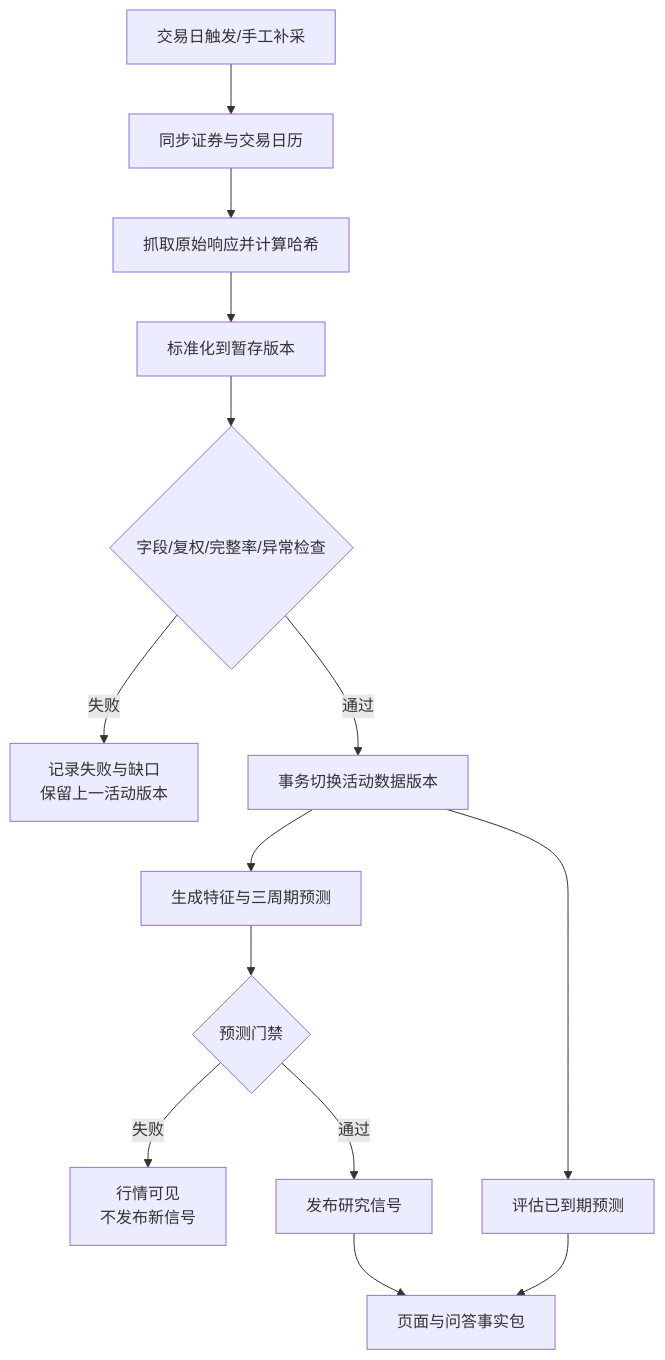
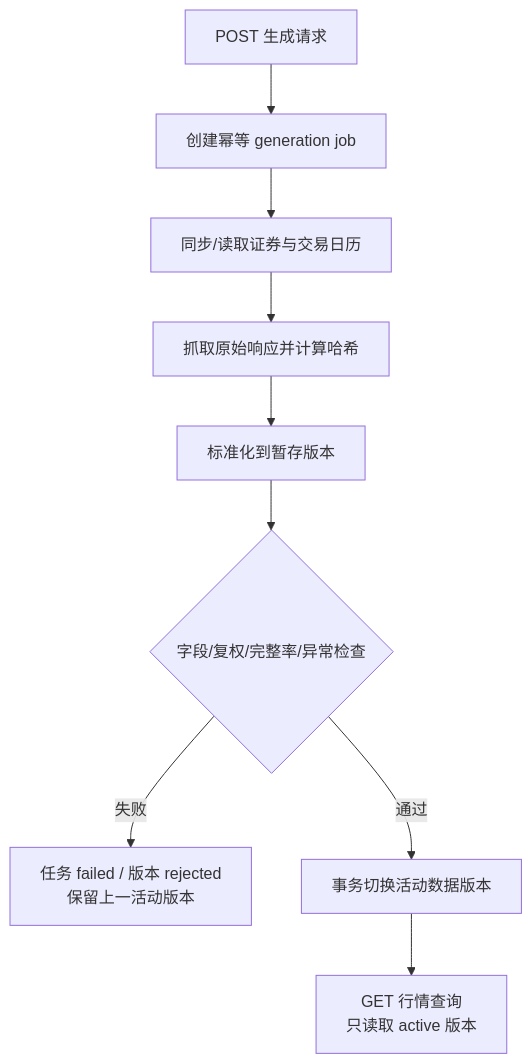
The fourth of 5 diagrams in docs/architecture/technical-architecture.md (NANALIKE/stock_analysis_assistant), drawn with Mermaid before and after one commit. The commit also changed other lines of this file, not shown here.

````diff
--- a/docs/architecture/technical-architecture.md
+++ b/docs/architecture/technical-architecture.md
@@ -327,16 +272,11 @@
 ```mermaid
 flowchart TD
-    T[交易日触发/手工补采] --> S[同步证券与交易日历]
+    T[POST 生成请求] --> J[创建幂等 generation job]
+    J --> S[同步/读取证券与交易日历]
     S --> R[抓取原始响应并计算哈希]
     R --> N[标准化到暂存版本]
     N --> V{字段/复权/完整率/异常检查}
-    V -->|失败| F[记录失败与缺口\n保留上一活动版本]
+    V -->|失败| F[任务 failed / 版本 rejected\n保留上一活动版本]
     V -->|通过| P[事务切换活动数据版本]
-    P --> X[生成特征与三周期预测]
-    X --> Q{预测门禁}
-    Q -->|失败| O[行情可见\n不发布新信号]
-    Q -->|通过| A[发布研究信号]
-    P --> E[评估已到期预测]
-    A --> U[页面与问答事实包]
-    E --> U
+    P --> Q[GET 行情查询\n只读取 active 版本]
 ```
````
